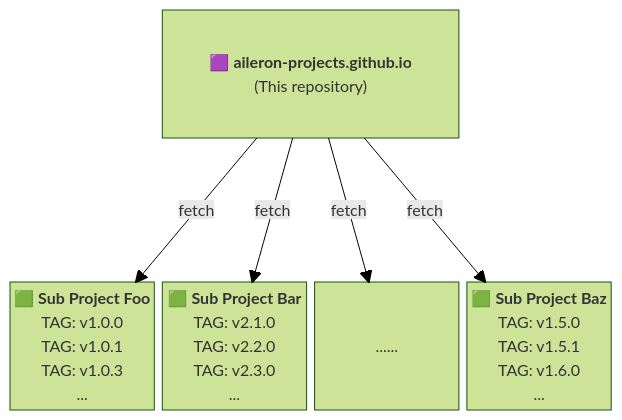
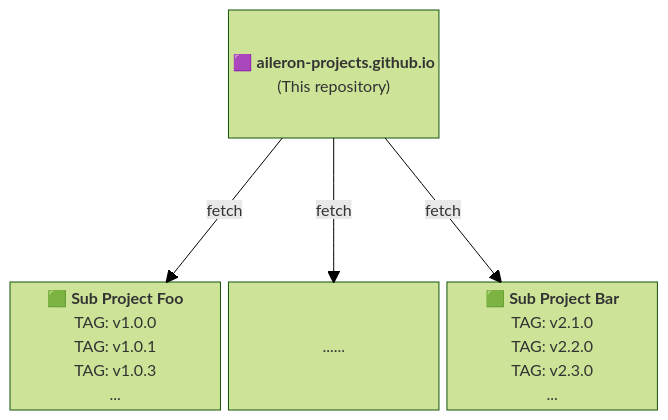
One commit to aileron-projects/aileron-projects.github.io changed the diagram in README.md. Above: the diagram before and after it, drawn with Mermaid (forest theme). The commit also changed other lines of this file, not shown here.

````diff
--- a/README.md
+++ b/README.md
@@ -22,20 +20,15 @@
 ```mermaid
 block-beta
-  columns 4
-
+  columns 3
   space:1
-  website["🟪 <b>aileron-projects.github.io</b></br>(This repository)"]:2
+  website["🟪 <b>aileron-projects.github.io</b></br>(This repository)"]
   space:1
-
-  space:4
-
+  space:3
   project1["🟩 <b>Sub Project Foo</b></br>TAG: v1.0.0</br>TAG: v1.0.1</br>TAG: v1.0.3</br>..."]
-  project2["🟩 <b>Sub Project Bar</b></br>TAG: v2.1.0</br>TAG: v2.2.0</br>TAG: v2.3.0</br>..."]
-  project3["......"]
-  project4["🟩 <b>Sub Project Baz</b></br>TAG: v1.5.0</br>TAG: v1.5.1</br>TAG: v1.6.0</br>..."]
+  project2["......"]
+  project3["🟩 <b>Sub Project Bar</b></br>TAG: v2.1.0</br>TAG: v2.2.0</br>TAG: v2.3.0</br>..."]
 
   website --"fetch"--> project1
   website --"fetch"--> project2
   website --"fetch"--> project3
-  website --"fetch"--> project4
 ```
````
